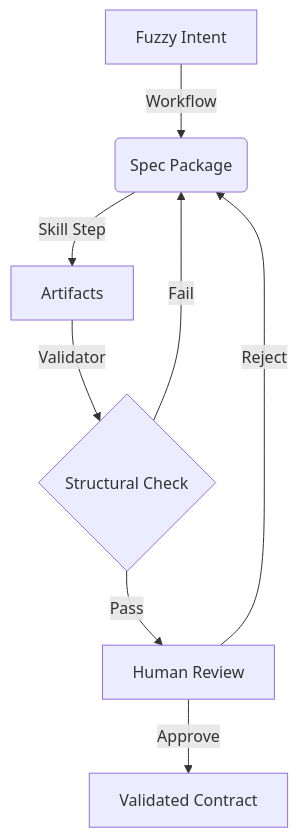
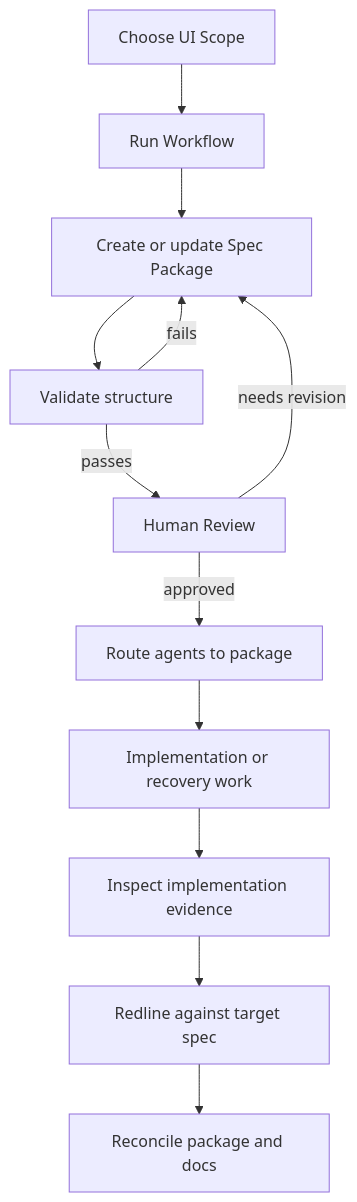
One commit to ThorStarlord/interface-skills changed the second of 2 diagrams in docs/architecture.md. Above: the diagram before and after it, drawn with Mermaid. The commit also changed other lines of this file and 5 other files, not shown here.

Commit message:
feat: introduce canonical spec package format, system architecture documentation, and validation scripts

````diff
--- a/docs/architecture.md
+++ b/docs/architecture.md
@@ -15,10 +57,14 @@
 ```mermaid
-graph TD
-    A[Fuzzy Intent] -->|Workflow| B(Spec Package)
-    B -->|Skill Step| C[Artifacts]
-    C -->|Validator| D{Structural Check}
-    D -->|Fail| B
-    D -->|Pass| E[Human Review]
-    E -->|Reject| B
-    E -->|Approve| F[Validated Contract]
+flowchart TD
+  A[Choose UI Scope] --> B[Run Workflow]
+  B --> C[Create or update Spec Package]
+  C --> D[Validate structure]
+  D -->|fails| C
+  D -->|passes| E[Human Review]
+  E -->|needs revision| C
+  E -->|approved| F[Route agents to package]
+  F --> G[Implementation or recovery work]
+  G --> H[Inspect implementation evidence]
+  H --> I[Redline against target spec]
+  I --> J[Reconcile package and docs]
 ```
````
